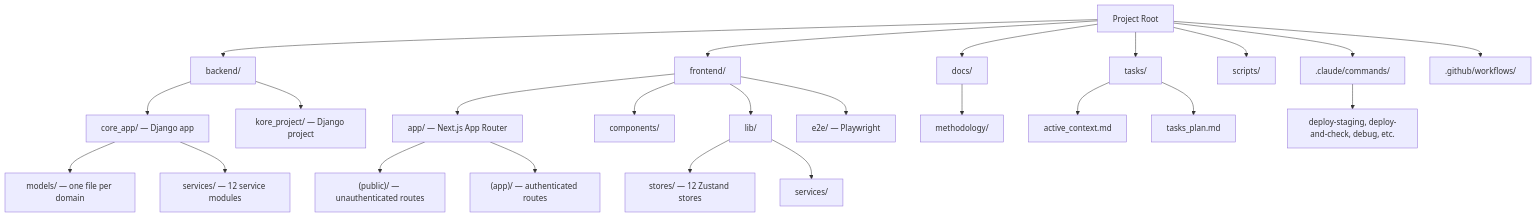
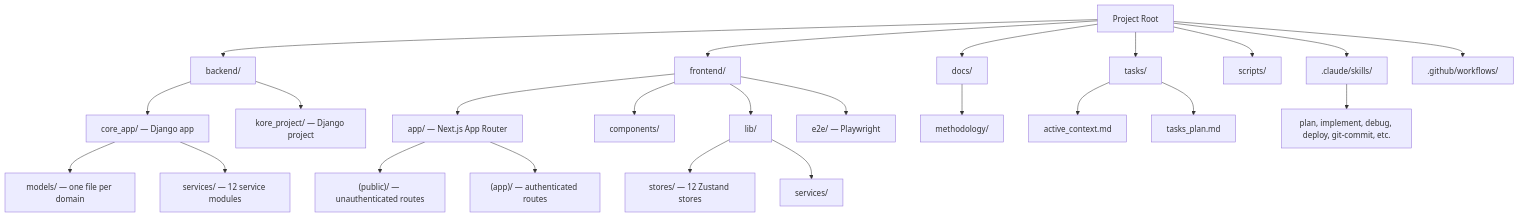
Before and after one commit to carlos18bp/kore_project: the second of 2 diagrams in CLAUDE.md, drawn with Mermaid. The commit also changed 13 other files, not shown here.

First line of the commit message:
FEAT: Migrate .claude/commands to .claude/skills format

````diff
--- a/CLAUDE.md
+++ b/CLAUDE.md
@@ -325,31 +325,31 @@
 ```mermaid
 flowchart TD
     Root[Project Root]
     Root --> Backend[backend/]
     Root --> Frontend[frontend/]
     Root --> Docs[docs/]
     Root --> Tasks[tasks/]
     Root --> Scripts[scripts/]
-    Root --> Claude[.claude/commands/]
+    Root --> Claude[.claude/skills/]
     Root --> GitHub[.github/workflows/]
 
     Backend --> CoreApp[core_app/ — Django app]
     Backend --> BProject[kore_project/ — Django project]
     CoreApp --> Models[models/ — one file per domain]
     CoreApp --> Services[services/ — 12 service modules]
 
     Frontend --> FApp[app/ — Next.js App Router]
     FApp --> FPublic["(public)/ — unauthenticated routes"]
     FApp --> FAppGroup["(app)/ — authenticated routes"]
     Frontend --> FComponents[components/]
     Frontend --> FLib[lib/]
     FLib --> FStores[stores/ — 12 Zustand stores]
     FLib --> FServices[services/]
     Frontend --> FE2E[e2e/ — Playwright]
 
     Docs --> Methodology[methodology/]
     Tasks --> ActiveCtx[active_context.md]
     Tasks --> TasksPlan[tasks_plan.md]
 
-    Claude --> CCommands[deploy-staging, deploy-and-check, debug, etc.]
+    Claude --> CSkills[plan, implement, debug, deploy, git-commit, etc.]
 ```
````
